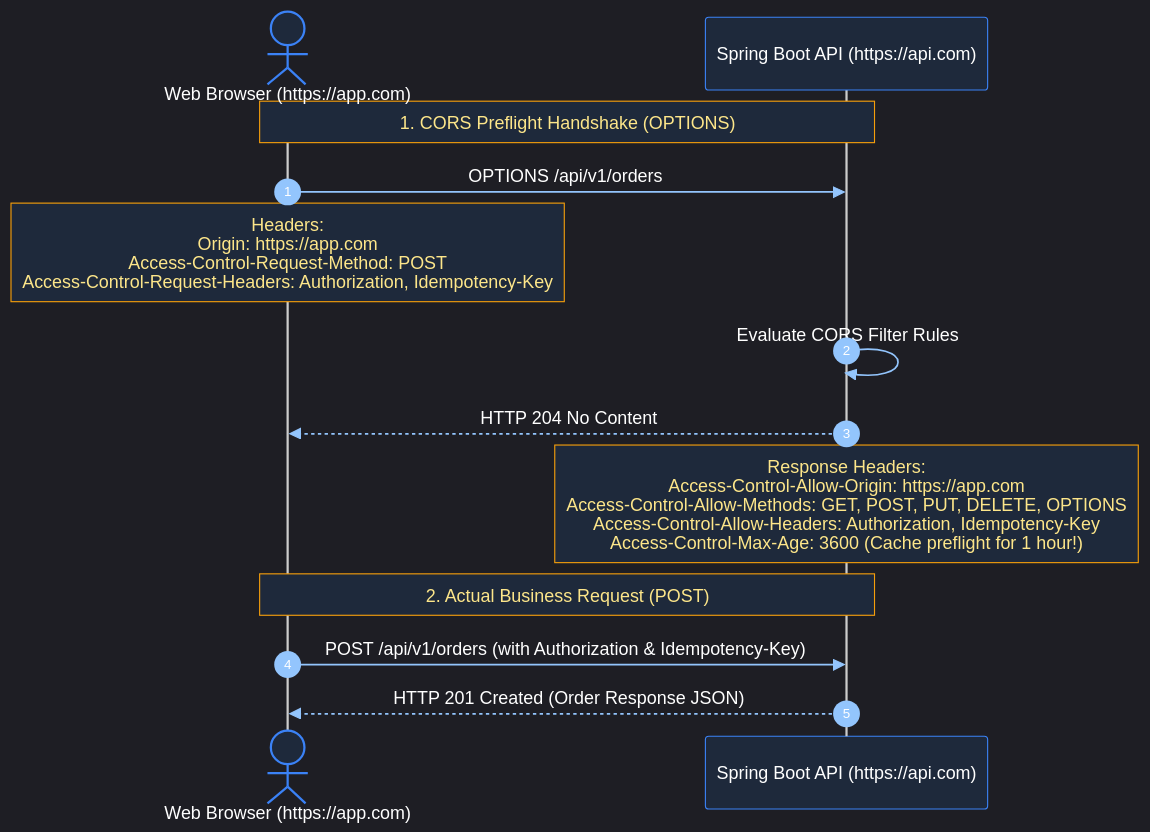
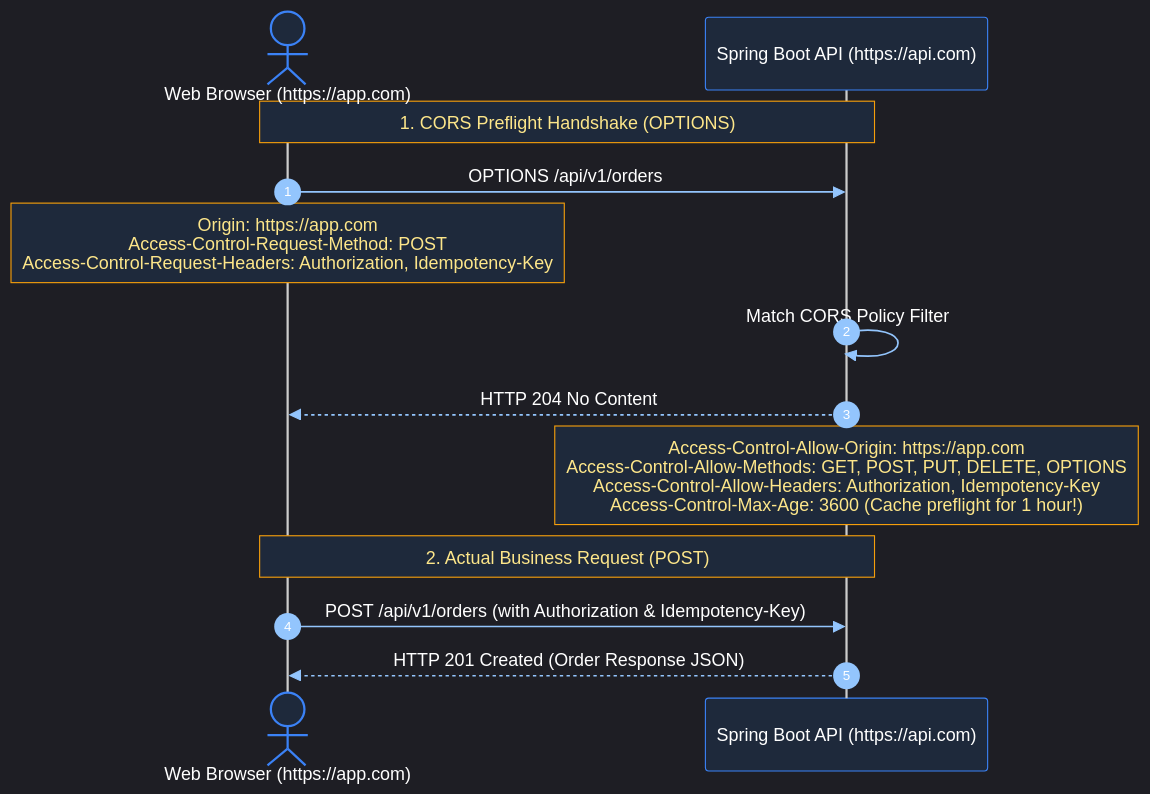
Before and after one commit to joydeep-biswas/Interview-Preparation: the seventh of 10 diagrams in Java Backend Engineering/08_spring_web_rest_apis.md, drawn with Mermaid. The commit also changed other lines of this file and 143 other files, not shown here.

````diff
--- a/Java Backend Engineering/08_spring_web_rest_apis.md
+++ b/Java Backend Engineering/08_spring_web_rest_apis.md
@@ -234,19 +550,19 @@
 ```mermaid
 %%{init: {'theme': 'dark', 'themeVariables': { 'actorBkg': '#1e293b', 'actorBorder': '#3b82f6', 'actorTextColor': '#ffffff', 'signalColor': '#93c5fd', 'signalTextColor': '#ffffff', 'noteBkgColor': '#1e293b', 'noteBorderColor': '#f59e0b', 'noteTextColor': '#fde68a', 'activationBkgColor': '#3b82f6', 'sequenceNumberColor': '#ffffff' }}}%%
 sequenceDiagram
     autonumber
     actor Browser as Web Browser (https://app.com)
     participant API as Spring Boot API (https://api.com)
 
     Note over Browser,API: 1. CORS Preflight Handshake (OPTIONS)
     Browser->>API: OPTIONS /api/v1/orders
-    Note over Browser: Headers:<br/>Origin: https://app.com<br/>Access-Control-Request-Method: POST<br/>Access-Control-Request-Headers: Authorization, Idempotency-Key
+    Note over Browser: Origin: https://app.com<br/>Access-Control-Request-Method: POST<br/>Access-Control-Request-Headers: Authorization, Idempotency-Key
     
-    API->>API: Evaluate CORS Filter Rules
+    API->>API: Match CORS Policy Filter
     API-->>Browser: HTTP 204 No Content
-    Note over API: Response Headers:<br/>Access-Control-Allow-Origin: https://app.com<br/>Access-Control-Allow-Methods: GET, POST, PUT, DELETE, OPTIONS<br/>Access-Control-Allow-Headers: Authorization, Idempotency-Key<br/>Access-Control-Max-Age: 3600 (Cache preflight for 1 hour!)
+    Note over API: Access-Control-Allow-Origin: https://app.com<br/>Access-Control-Allow-Methods: GET, POST, PUT, DELETE, OPTIONS<br/>Access-Control-Allow-Headers: Authorization, Idempotency-Key<br/>Access-Control-Max-Age: 3600 (Cache preflight for 1 hour!)
 
     Note over Browser,API: 2. Actual Business Request (POST)
     Browser->>API: POST /api/v1/orders (with Authorization & Idempotency-Key)
     API-->>Browser: HTTP 201 Created (Order Response JSON)
 ```
````
